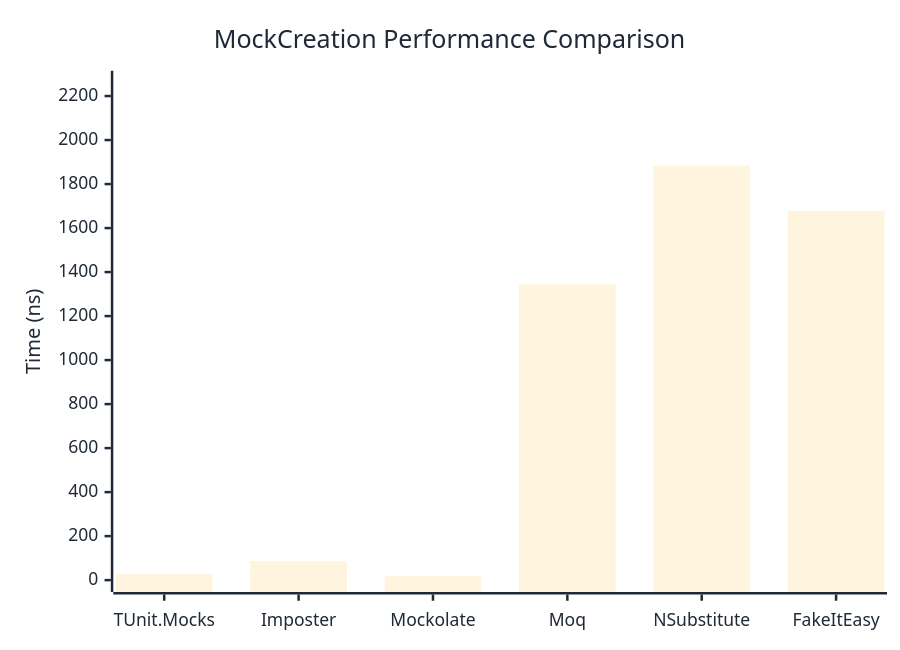
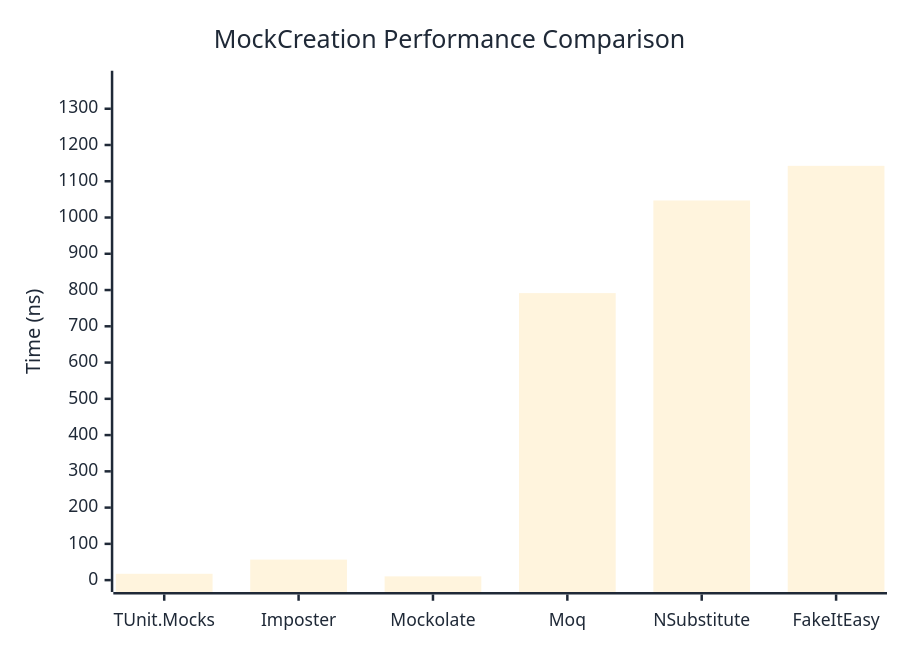
The first of 2 diagrams in docs/docs/benchmarks/mocks/MockCreation.md (thomhurst/TUnit), drawn with Mermaid before and after one commit. The commit also changed other lines of this file and 14 other files, not shown here.

````diff
--- a/docs/docs/benchmarks/mocks/MockCreation.md
+++ b/docs/docs/benchmarks/mocks/MockCreation.md
@@ -30,27 +30,27 @@
 ```mermaid
 %%{init: {
   'theme':'base',
   'themeVariables': {
     'primaryColor': '#2563eb',
     'primaryTextColor': '#1f2937',
     'primaryBorderColor': '#1e40af',
     'lineColor': '#6b7280',
     'secondaryColor': '#7c3aed',
     'tertiaryColor': '#dc2626',
     'background': '#ffffff',
     'pie1': '#2563eb',
     'pie2': '#7c3aed',
     'pie3': '#dc2626',
     'pie4': '#f59e0b',
     'pie5': '#10b981',
     'pie6': '#06b6d4',
     'pie7': '#ec4899',
     'pie8': '#6366f1'
   }
 }}%%
 xychart-beta
   title "MockCreation Performance Comparison"
   x-axis ["TUnit.Mocks", "Imposter", "Mockolate", "Moq", "NSubstitute", "FakeItEasy"]
-  y-axis "Time (ns)" 0 --> 2261
-  bar [27.41, 87.09, 17.07, 1343.65, 1883.71, 1677.6]
+  y-axis "Time (ns)" 0 --> 1372
+  bar [17.47, 56.62, 10.41, 791.56, 1046.98, 1142.52]
 ```
````
